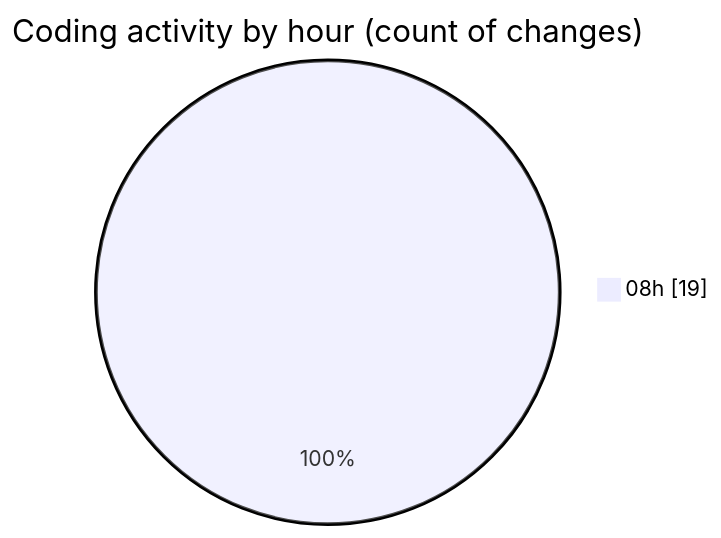
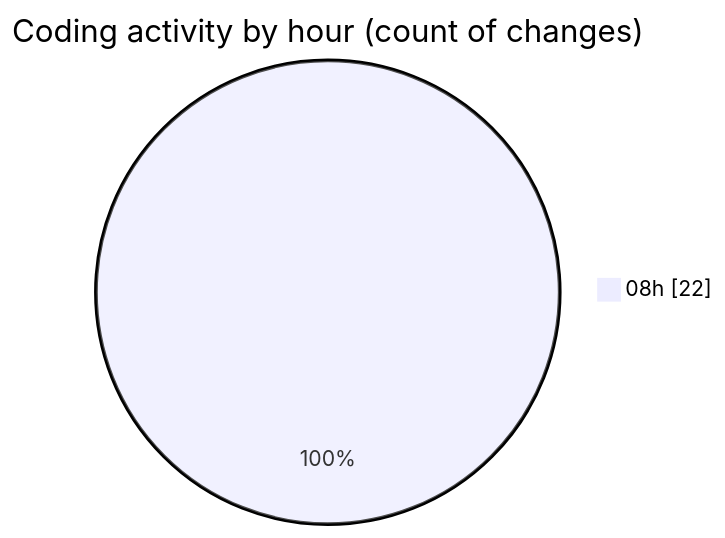
The second of 2 diagrams in 2025-04-29/c-masm/README.md (charlie-sans/code-tracking), drawn with Mermaid before and after one commit. The commit also changed other lines of this file and 1 other file, not shown here.

````diff
--- a/2025-04-29/c-masm/README.md
+++ b/2025-04-29/c-masm/README.md
@@ -36,5 +37,5 @@
 ```mermaid
 pie showData
 title Coding activity by hour (count of changes)
-"08h" : 19
+"08h" : 22
 ```
````
